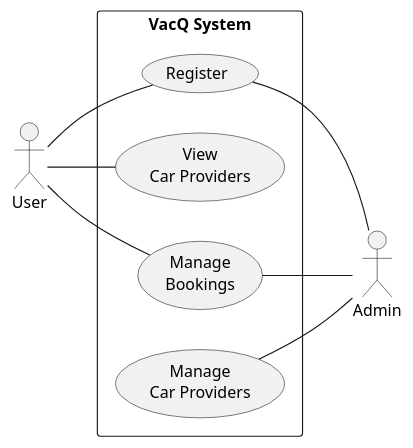
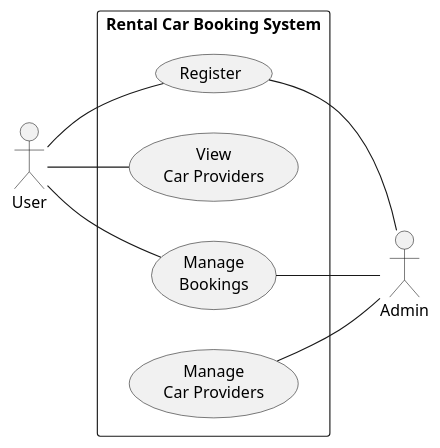
Before and after one commit to 2110503-CEDT68/be-project-68-paopaopao: the diagram in UML/Usecase.puml, drawn with PlantUML.

Commit message:
fixed diagrams

```diff
--- a/UML/Usecase.puml
+++ b/UML/Usecase.puml
@@ -1,20 +1,20 @@
-@startuml VacQ System Use Case Diagram
+@startuml Rental Car Booking System
 left to right direction
 actor "User" as user
-rectangle "VacQ System" as VacQSystem {    
+rectangle "Rental Car Booking System" as VacQSystem {    
     usecase "Register" as register
     usecase "View\nCar Providers" as viewCarProviders
     usecase "Manage\nBookings" as manageBookings
     usecase "Manage\nCar Providers" as manageCarProviders
 }
 
 user -- register
 user -- viewCarProviders
 user -- manageBookings
 
 actor "Admin" as admin
 register -- admin
 manageCarProviders -- admin
 manageBookings -- admin
 
 @enduml
```
